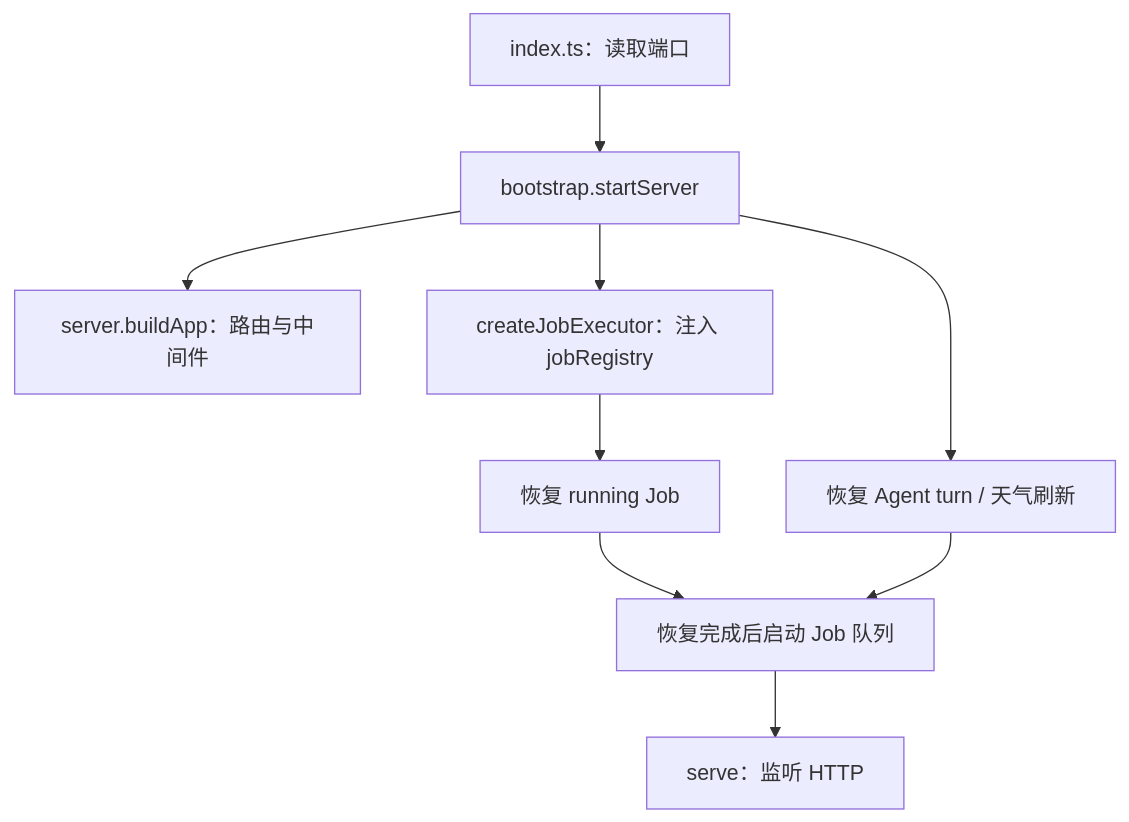
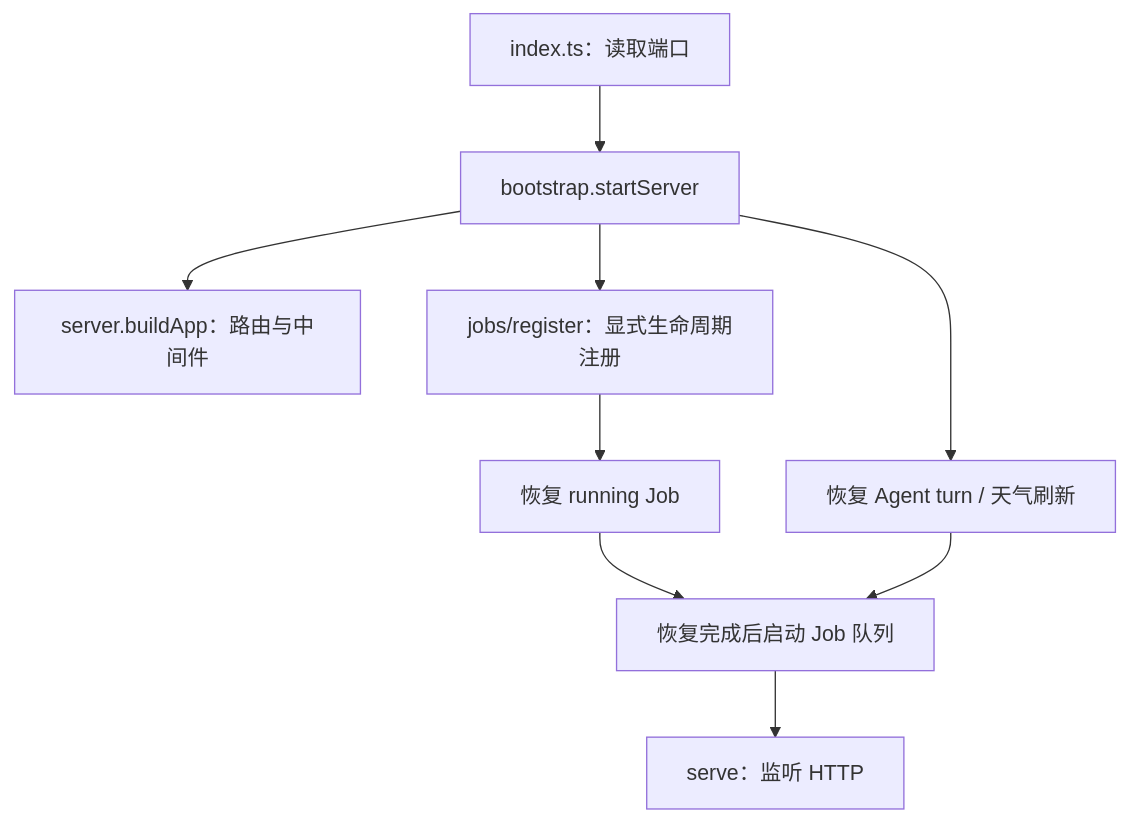
Before and after one commit to mefive/jixie: the diagram in docs/backend-architecture.md, drawn with Mermaid. The commit also changed other lines of this file and 158 other files, not shown here.

````diff
--- a/docs/backend-architecture.md
+++ b/docs/backend-architecture.md
@@ -96,11 +96,11 @@
 ```mermaid
 flowchart TD
   I["index.ts：读取端口"] --> B["bootstrap.startServer"]
   B --> A["server.buildApp：路由与中间件"]
-  B --> E["createJobExecutor：注入 jobRegistry"]
+  B --> E["jobs/register：显式生命周期注册"]
   E --> R["恢复 running Job"]
   B --> T["恢复 Agent turn / 天气刷新"]
   R --> Q["恢复完成后启动 Job 队列"]
   T --> Q
   Q --> H["serve：监听 HTTP"]
 ```
````
